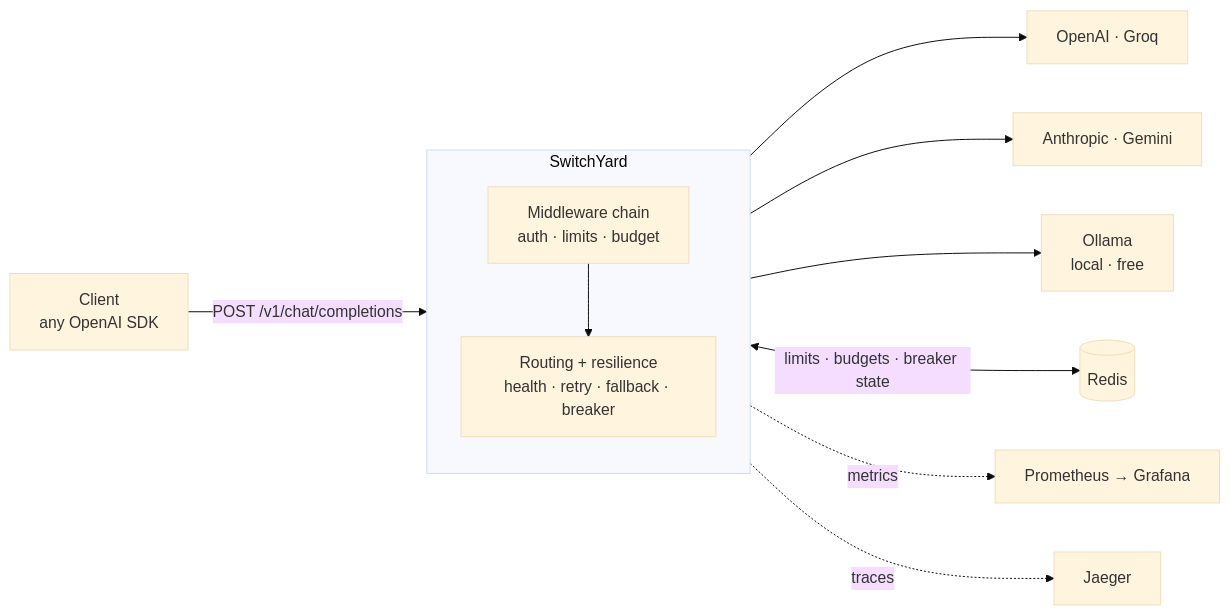
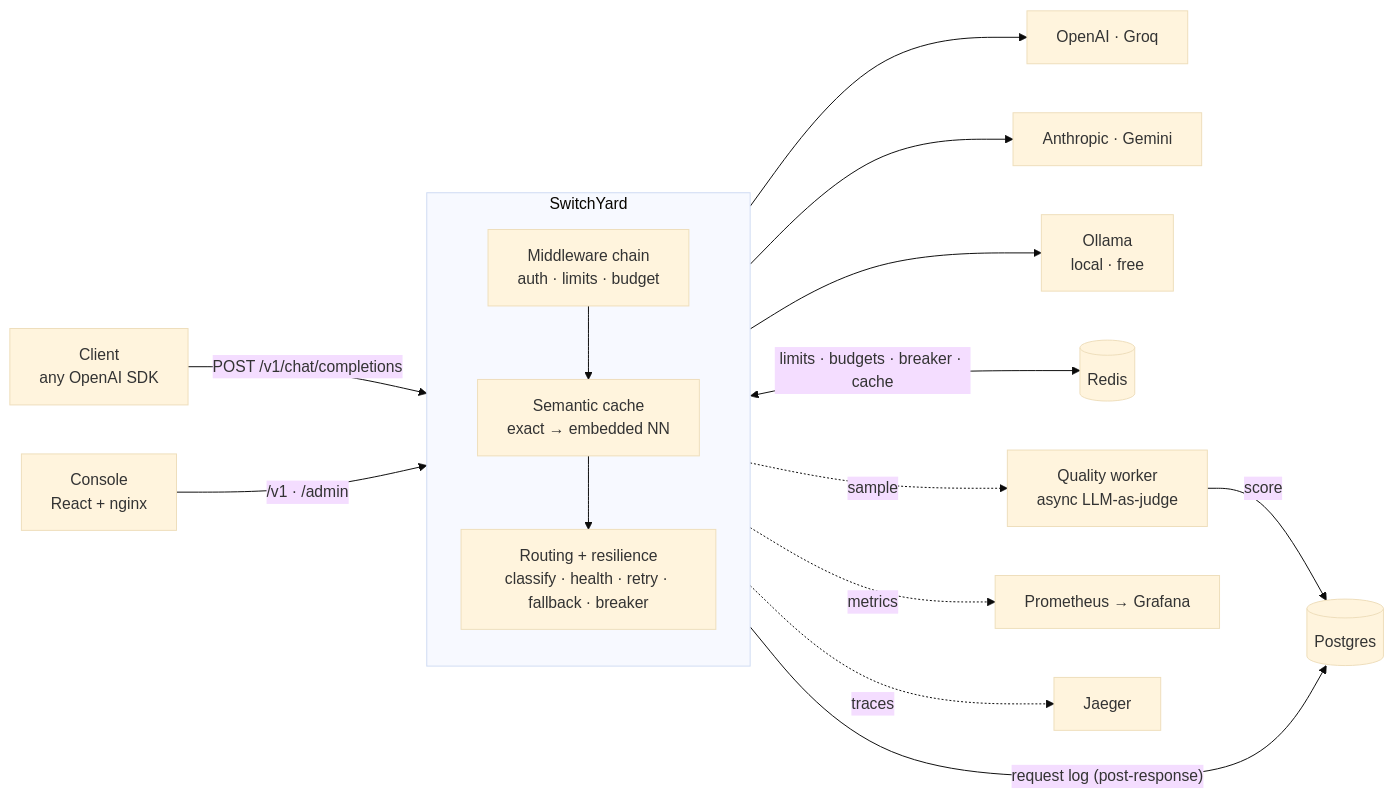
Before and after one commit to Harshalsharma05/switchyard: the first of 3 diagrams in README.md, drawn with Mermaid (base theme). The commit also changed other lines of this file and 23 other files, not shown here.

````diff
--- a/README.md
+++ b/README.md
@@ -64,19 +74,24 @@
 ```mermaid
 flowchart LR
+    C["Client<br/>any OpenAI SDK"] -->|"POST /v1/chat/completions"| MW
+    UI["Console<br/>React + nginx"] -->|"/v1 · /admin"| MW
+
     subgraph GW["SwitchYard"]
         direction TB
         MW["Middleware chain<br/>auth · limits · budget"]
-        RES["Routing + resilience<br/>health · retry · fallback · breaker"]
-        MW --> RES
+        CA["Semantic cache<br/>exact → embedded NN"]
+        RT["Routing + resilience<br/>classify · health · retry · fallback · breaker"]
+        MW --> CA --> RT
     end
 
-    C["Client<br/>any OpenAI SDK"] -->|"POST /v1/chat/completions"| MW
+    RT --> P1["OpenAI · Groq"]
+    RT --> P2["Anthropic · Gemini"]
+    RT --> P3["Ollama<br/>local · free"]
 
-    RES --> P1["OpenAI · Groq"]
-    RES --> P2["Anthropic · Gemini"]
-    RES --> P3["Ollama<br/>local · free"]
-
-    RES <-->|"limits · budgets · breaker state"| RD[("Redis")]
+    RT <-->|"limits · budgets · breaker · cache"| RD[("Redis")]
+    RT -->|"request log (post-response)"| PG[("Postgres")]
+    RT -.->|"sample"| QW["Quality worker<br/>async LLM-as-judge"]
+    QW -->|"score"| PG
     MW -.->|"metrics"| PM["Prometheus → Grafana"]
     MW -.->|"traces"| JG["Jaeger"]
 ```
````
